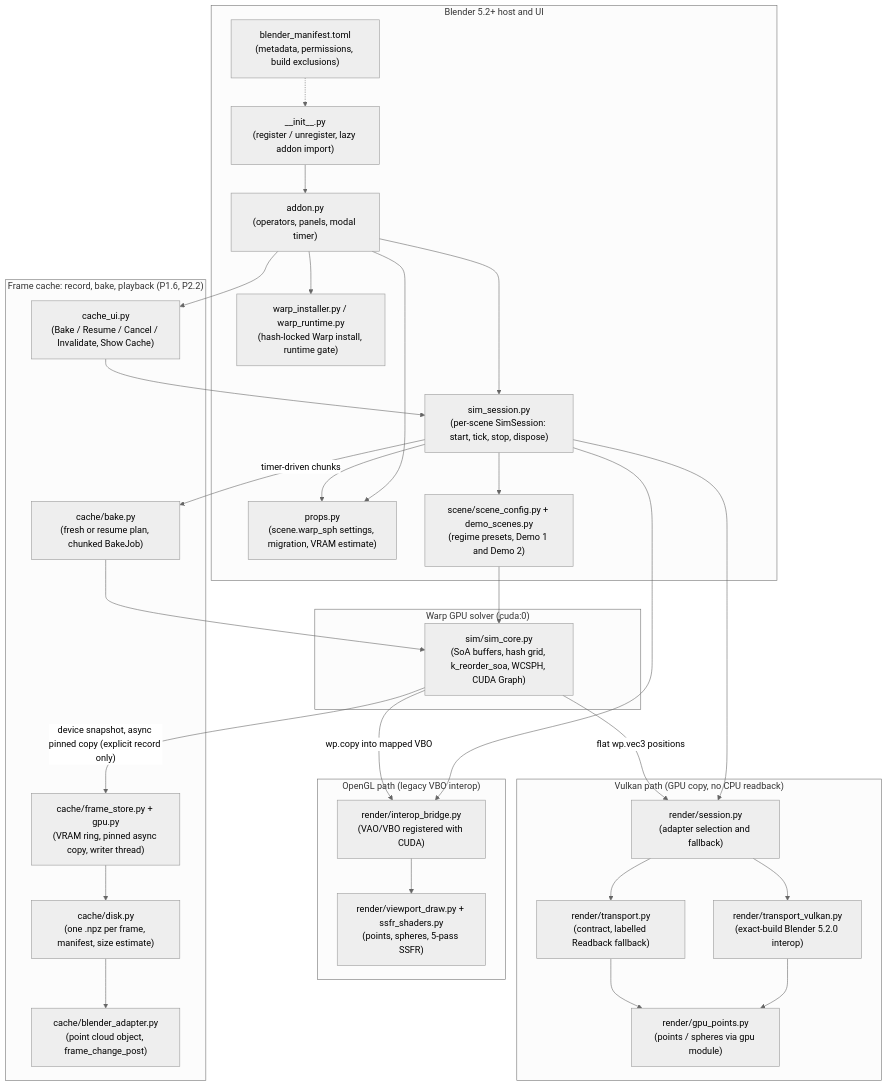
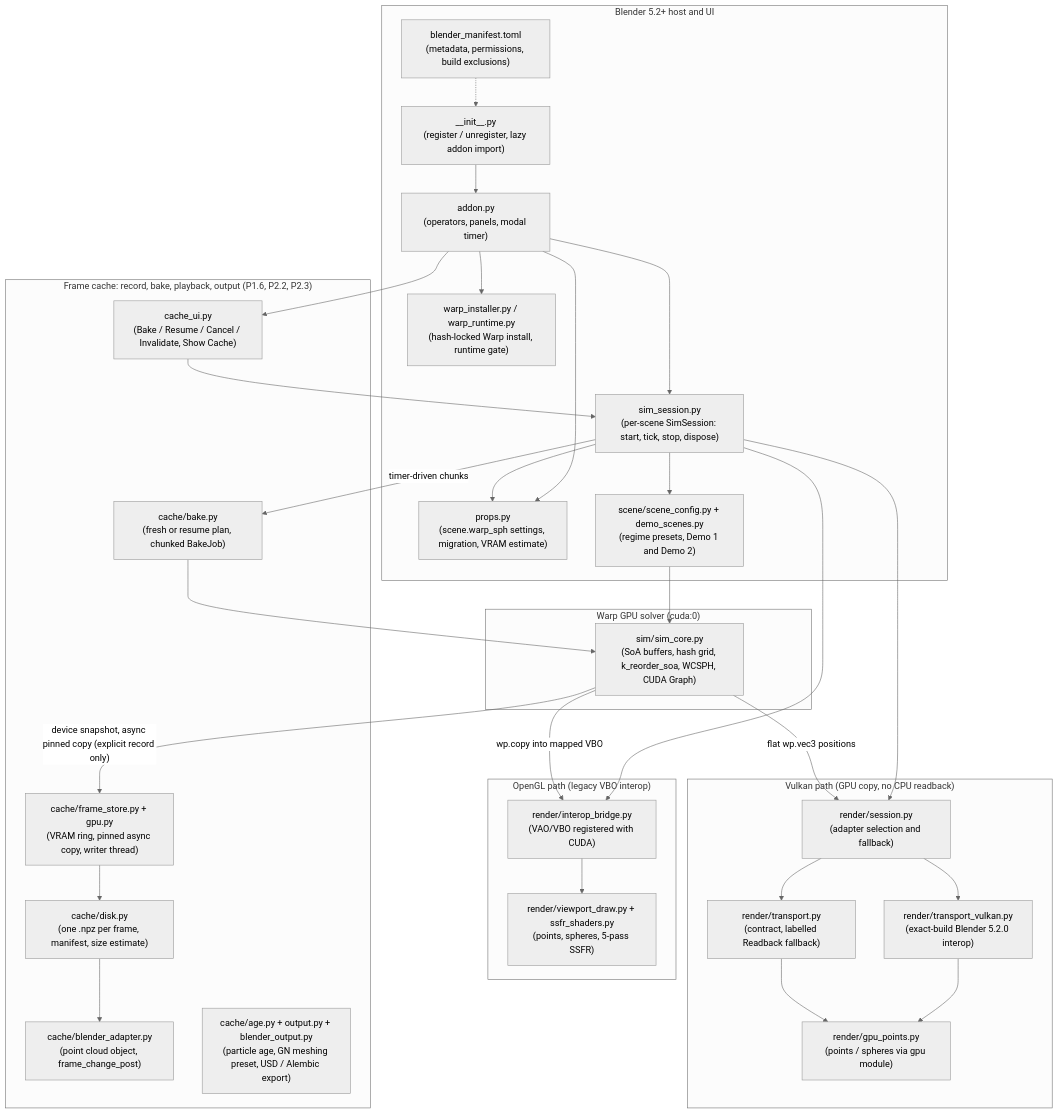
The diagram in docs/ARCHITECTURE.md (trdillman/warp_sph_realtime), drawn with Mermaid (neutral theme) before and after one commit. The commit also changed other lines of this file and 13 other files, not shown here.

First line of the commit message:
Output: particle age, Geometry Nodes meshing preset, USD / Alembic export (P2.3) (#14)

````diff
--- a/docs/ARCHITECTURE.md
+++ b/docs/ARCHITECTURE.md
@@ -11,61 +11,62 @@
 ```mermaid
 graph TD
     subgraph Host ["Blender 5.2+ host and UI"]
         Manifest["blender_manifest.toml<br/>(metadata, permissions, build exclusions)"]
         Init["__init__.py<br/>(register / unregister, lazy addon import)"]
         Addon["addon.py<br/>(operators, panels, modal timer)"]
         SimSession["sim_session.py<br/>(per-scene SimSession: start, tick, stop, dispose)"]
         Props["props.py<br/>(scene.warp_sph settings, migration, VRAM estimate)"]
         Installer["warp_installer.py / warp_runtime.py<br/>(hash-locked Warp install, runtime gate)"]
         SceneCfg["scene/scene_config.py + demo_scenes.py<br/>(regime presets, Demo 1 and Demo 2)"]
     end
 
     subgraph Solver ["Warp GPU solver (cuda:0)"]
         SimCore["sim/sim_core.py<br/>(SoA buffers, hash grid, k_reorder_soa, WCSPH, CUDA Graph)"]
     end
 
     subgraph GL ["OpenGL path (legacy VBO interop)"]
         Interop["render/interop_bridge.py<br/>(VAO/VBO registered with CUDA)"]
         ViewDraw["render/viewport_draw.py + ssfr_shaders.py<br/>(points, spheres, 5-pass SSFR)"]
     end
 
     subgraph VK ["Vulkan path (GPU copy, no CPU readback)"]
         Session["render/session.py<br/>(adapter selection and fallback)"]
         Transport["render/transport.py<br/>(contract, labelled Readback fallback)"]
         VkTransport["render/transport_vulkan.py<br/>(exact-build Blender 5.2.0 interop)"]
         GpuPoints["render/gpu_points.py<br/>(points / spheres via gpu module)"]
     end
 
-    subgraph Cache ["Frame cache: record, bake, playback (P1.6, P2.2)"]
+    subgraph Cache ["Frame cache: record, bake, playback, output (P1.6, P2.2, P2.3)"]
         CacheUI["cache_ui.py<br/>(Bake / Resume / Cancel / Invalidate, Show Cache)"]
         BakeJob["cache/bake.py<br/>(fresh or resume plan, chunked BakeJob)"]
         Store["cache/frame_store.py + gpu.py<br/>(VRAM ring, pinned async copy, writer thread)"]
         Disk["cache/disk.py<br/>(one .npz per frame, manifest, size estimate)"]
         Playback["cache/blender_adapter.py<br/>(point cloud object, frame_change_post)"]
+        Output["cache/age.py + output.py + blender_output.py<br/>(particle age, GN meshing preset, USD / Alembic export)"]
     end
 
     Manifest -.-> Init
     Init --> Addon
     Addon --> Installer
     Addon --> SimSession
     Addon --> Props
     SimSession --> Props
     SimSession --> SceneCfg
     SimSession --> Session
     SimSession --> Interop
     SceneCfg --> SimCore
     SimCore -->|"wp.copy into mapped VBO"| Interop
     Interop --> ViewDraw
     SimCore -->|"flat wp.vec3 positions"| Session
     Addon --> CacheUI
     CacheUI --> SimSession
     SimSession -->|"timer-driven chunks"| BakeJob
     BakeJob --> SimCore
     SimCore -->|"device snapshot, async pinned copy (explicit record only)"| Store
     Store --> Disk
     Disk --> Playback
     Session --> VkTransport
     Session --> Transport
     VkTransport --> GpuPoints
     Transport --> GpuPoints
 ```
````
